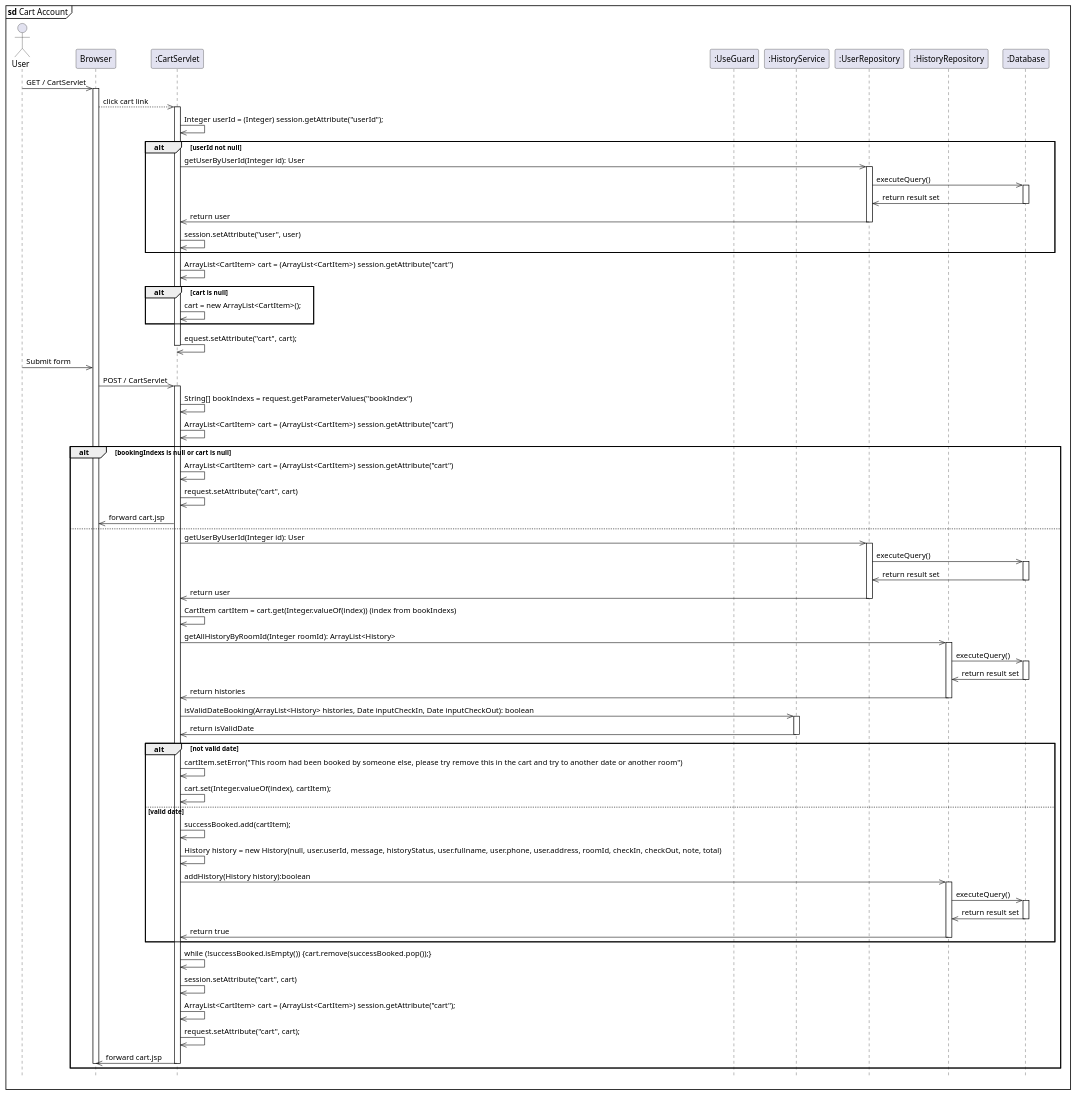
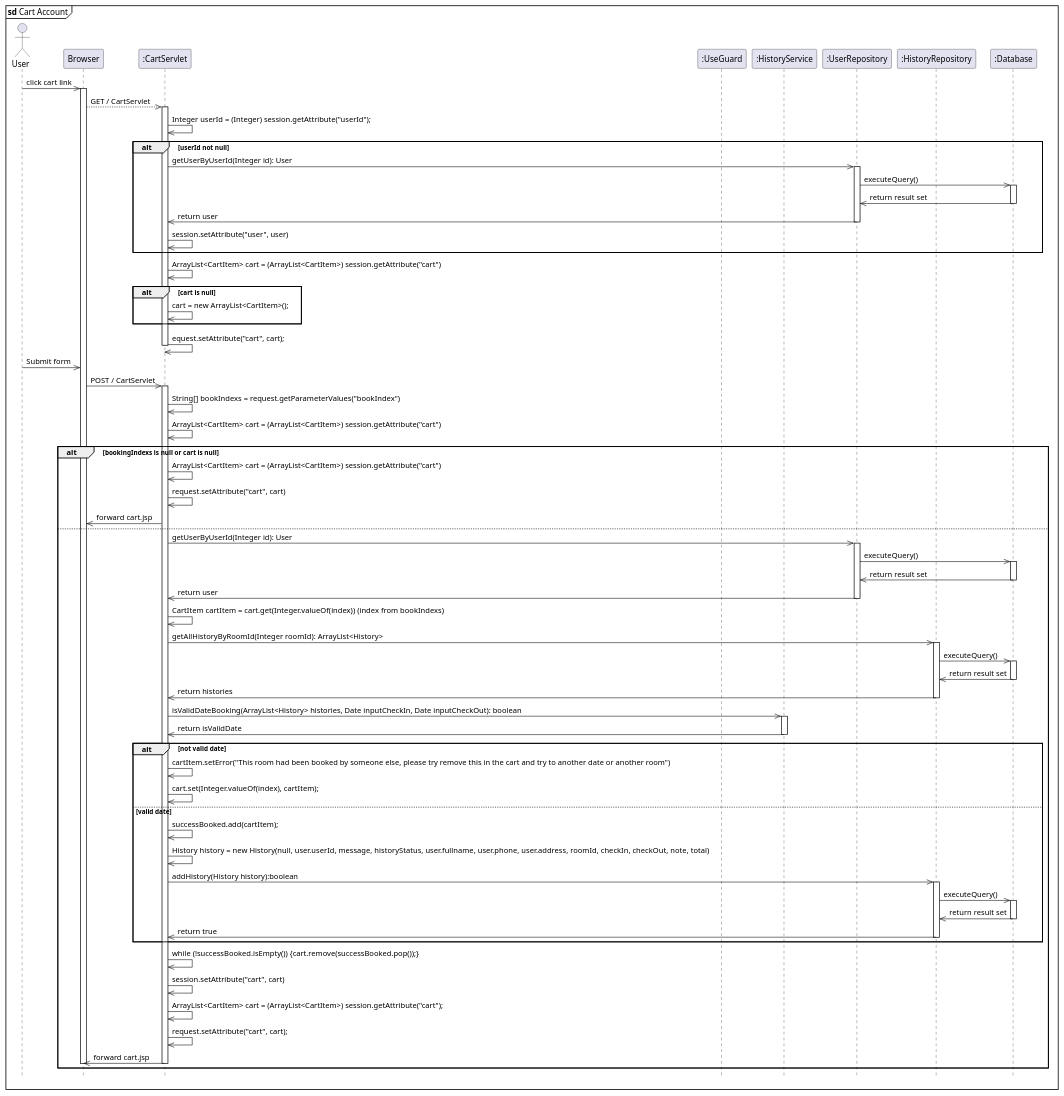
The diagram in diagram/CartServlet.puml (kainesv86/HKCBooking), drawn with PlantUML before and after one commit. The commit also changed 6 other files, not shown here.

Commit message:
Add filter diagram, fix click link

```diff
--- a/diagram/CartServlet.puml
+++ b/diagram/CartServlet.puml
@@ -1,105 +1,105 @@
 
 hide footbox
 mainframe <b>sd</b> Cart Account
 actor User
 participant "Browser" as Browser
 participant ":CartServlet" as CartServlet
 participant ":UseGuard" as UseGuard
 participant ":HistoryService" as HistoryService
 participant ":UserRepository" as UserRepository
 participant ":HistoryRepository" as HistoryRepository
 participant ":Database" as Database
 
-User ->> Browser: GET / CartServlet
+User ->> Browser: click cart link
 activate Browser
-    Browser -->> CartServlet: click cart link
+    Browser -->> CartServlet: GET / CartServlet 
     activate CartServlet
         CartServlet ->> CartServlet: Integer userId = (Integer) session.getAttribute("userId");
         alt userId not null
             CartServlet ->> UserRepository: getUserByUserId(Integer id): User
             activate UserRepository
                 UserRepository ->> Database: executeQuery()
                 activate Database 
                     Database ->> UserRepository: return result set
                 deactivate Database
                 UserRepository ->> CartServlet: return user
             deactivate UserRepository
 
             CartServlet ->> CartServlet: session.setAttribute("user", user)
         end
 
         CartServlet ->> CartServlet: ArrayList<CartItem> cart = (ArrayList<CartItem>) session.getAttribute("cart")
 
         alt cart is null
             CartServlet ->> CartServlet: cart = new ArrayList<CartItem>();
         end 
 
         CartServlet ->> CartServlet: equest.setAttribute("cart", cart);
     deactivate CartServlet
 
 User ->> Browser: Submit form
     Browser ->> CartServlet : POST / CartServlet   
     activate CartServlet
         CartServlet ->> CartServlet: String[] bookIndexs = request.getParameterValues("bookIndex")
         CartServlet ->> CartServlet: ArrayList<CartItem> cart = (ArrayList<CartItem>) session.getAttribute("cart")
     
     alt bookingIndexs is null or cart is null
         CartServlet ->> CartServlet: ArrayList<CartItem> cart = (ArrayList<CartItem>) session.getAttribute("cart")
         CartServlet ->> CartServlet: request.setAttribute("cart", cart)
 
         CartServlet ->> Browser: forward cart.jsp
     else
         CartServlet ->> UserRepository: getUserByUserId(Integer id): User
         activate UserRepository
             UserRepository ->> Database: executeQuery()
             activate Database 
                 Database ->> UserRepository: return result set
             deactivate Database
             UserRepository ->> CartServlet: return user
         deactivate UserRepository
 
         CartServlet ->> CartServlet: CartItem cartItem = cart.get(Integer.valueOf(index)) (index from bookIndexs)
 
         CartServlet ->> HistoryRepository:  getAllHistoryByRoomId(Integer roomId): ArrayList<History>
         activate HistoryRepository
                 HistoryRepository ->> Database: executeQuery()
                 activate Database 
                     Database ->> HistoryRepository: return result set
                 deactivate Database
                 HistoryRepository ->> CartServlet: return histories
         deactivate HistoryRepository
 
         CartServlet ->> HistoryService: isValidDateBooking(ArrayList<History> histories, Date inputCheckIn, Date inputCheckOut): boolean
         activate HistoryService
             HistoryService ->> CartServlet: return isValidDate
         deactivate HistoryService
 
         alt not valid date
             CartServlet ->> CartServlet: cartItem.setError("This room had been booked by someone else, please try remove this in the cart and try to another date or another room")
             CartServlet ->> CartServlet: cart.set(Integer.valueOf(index), cartItem);  
         else valid date
             CartServlet ->> CartServlet: successBooked.add(cartItem);
             CartServlet ->> CartServlet: History history = new History(null, user.userId, message, historyStatus, user.fullname, user.phone, user.address, roomId, checkIn, checkOut, note, total)
             CartServlet ->> HistoryRepository: addHistory(History history):boolean
             activate HistoryRepository
                 HistoryRepository ->> Database: executeQuery()
                 activate Database 
                     Database ->> HistoryRepository: return result set
                 deactivate Database
                 HistoryRepository ->> CartServlet: return true
             deactivate HistoryRepository
         end
 
         CartServlet ->> CartServlet: while (!successBooked.isEmpty()) {cart.remove(successBooked.pop());}
 
         CartServlet ->> CartServlet: session.setAttribute("cart", cart)
 
         CartServlet ->> CartServlet: ArrayList<CartItem> cart = (ArrayList<CartItem>) session.getAttribute("cart");
 
         CartServlet ->> CartServlet: request.setAttribute("cart", cart);
 
         CartServlet ->> Browser: forward cart.jsp
         deactivate CartServlet
     deactivate Browser
 
     end
```
